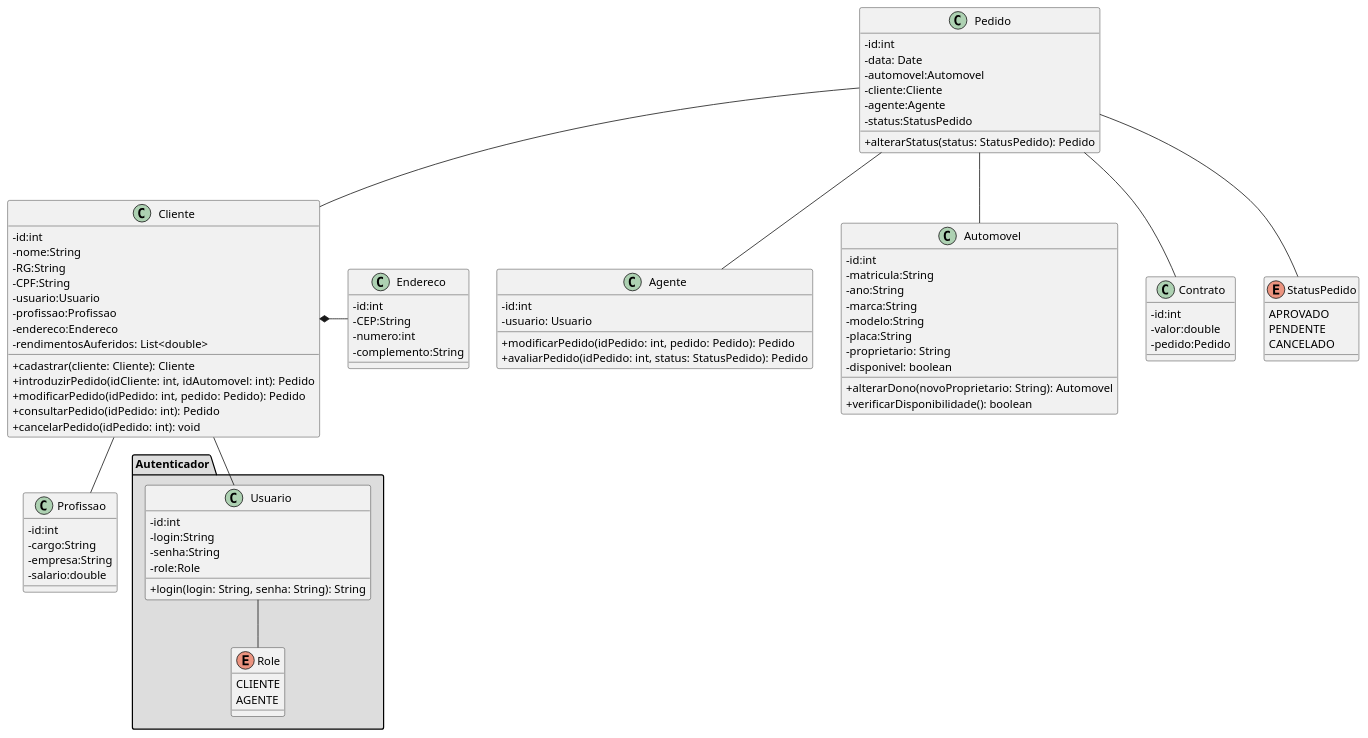
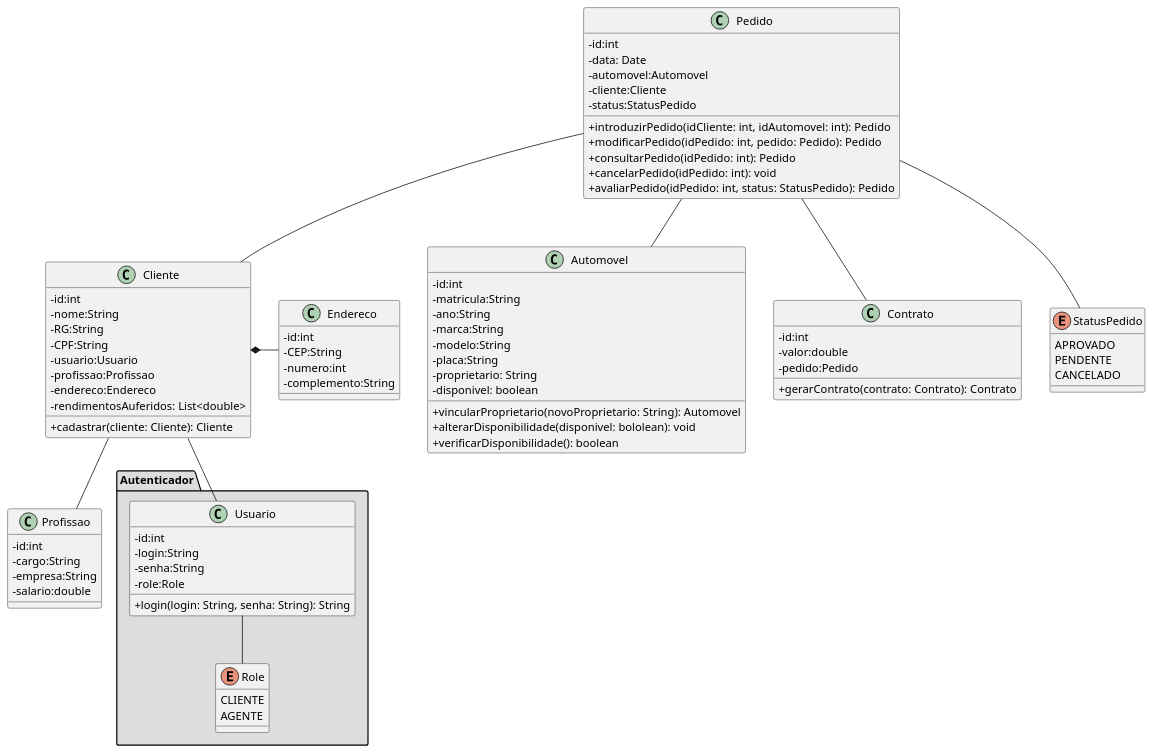
Before and after one commit to pedromaximocampos/Laboratorio-Desenvolvimento-02: the diagram in projeto/DiagramaDeClasse/diagramaDeClasse.puml, drawn with PlantUML.

Commit message:
docs: Diagrama de classe atualizado

```diff
--- a/projeto/DiagramaDeClasse/diagramaDeClasse.puml
+++ b/projeto/DiagramaDeClasse/diagramaDeClasse.puml
@@ -1,110 +1,102 @@
 @startuml
 skinparam classAttributeIconSize 0
 
 package "Autenticador" #DDDDDD {
 
 class Usuario{
 -id:int
 -login:String
 -senha:String
 -role:Role
 
 +login(login: String, senha: String): String
 }
 
 enum Role{
     CLIENTE
     AGENTE
 }
 
 Usuario -- Role
 }
 
-class Agente{
-- id:int
-- usuario: Usuario
-
-+modificarPedido(idPedido: int, pedido: Pedido): Pedido
-+avaliarPedido(idPedido: int, status: StatusPedido): Pedido
-}
-
 class Cliente{
  -id:int
  -nome:String
  -RG:String
  -CPF:String
  -usuario:Usuario
  -profissao:Profissao
  -endereco:Endereco
  -rendimentosAuferidos: List<double>
 
  +cadastrar(cliente: Cliente): Cliente
- +introduzirPedido(idCliente: int, idAutomovel: int): Pedido
- +modificarPedido(idPedido: int, pedido: Pedido): Pedido
- +consultarPedido(idPedido: int): Pedido
- +cancelarPedido(idPedido: int): void
 }
 
 class Endereco{
 -id:int
 -CEP:String
 -numero:int
 -complemento:String
 }
 
 class Profissao{
 -id:int
 -cargo:String
 -empresa:String
 -salario:double
 }
 
 class Automovel{
 -id:int
 -matricula:String
 -ano:String
 -marca:String
 -modelo:String
 -placa:String
 -proprietario: String
 -disponivel: boolean
 
-+alterarDono(novoProprietario: String): Automovel
++vincularProprietario(novoProprietario: String): Automovel
++alterarDisponibilidade(disponivel: bololean): void
 +verificarDisponibilidade(): boolean
 }
 
 class Contrato{
 -id:int
 -valor:double
 -pedido:Pedido
+
++gerarContrato(contrato: Contrato): Contrato
 }
 
 class Pedido{
 -id:int
 -data: Date
 -automovel:Automovel
 -cliente:Cliente
--agente:Agente
 -status:StatusPedido
 
-+alterarStatus(status: StatusPedido): Pedido
++introduzirPedido(idCliente: int, idAutomovel: int): Pedido
++modificarPedido(idPedido: int, pedido: Pedido): Pedido
++consultarPedido(idPedido: int): Pedido
++cancelarPedido(idPedido: int): void
++avaliarPedido(idPedido: int, status: StatusPedido): Pedido
 }
 
 enum StatusPedido{
     APROVADO
     PENDENTE
     CANCELADO
 }
 
-
 Pedido -- Cliente
 Pedido -- Automovel
 Pedido -- Contrato
-Pedido -- Agente
 Pedido -- StatusPedido
 
 Cliente -- Usuario
 Cliente -- Profissao
 Cliente *- Endereco
 
 @enduml
```
